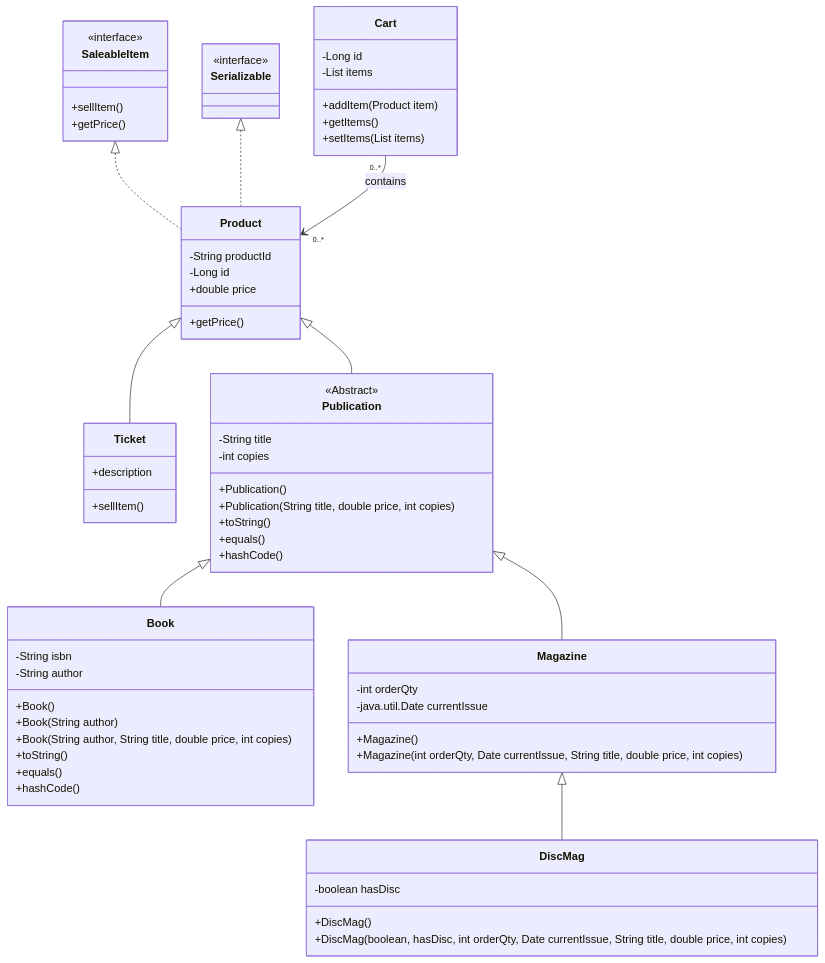
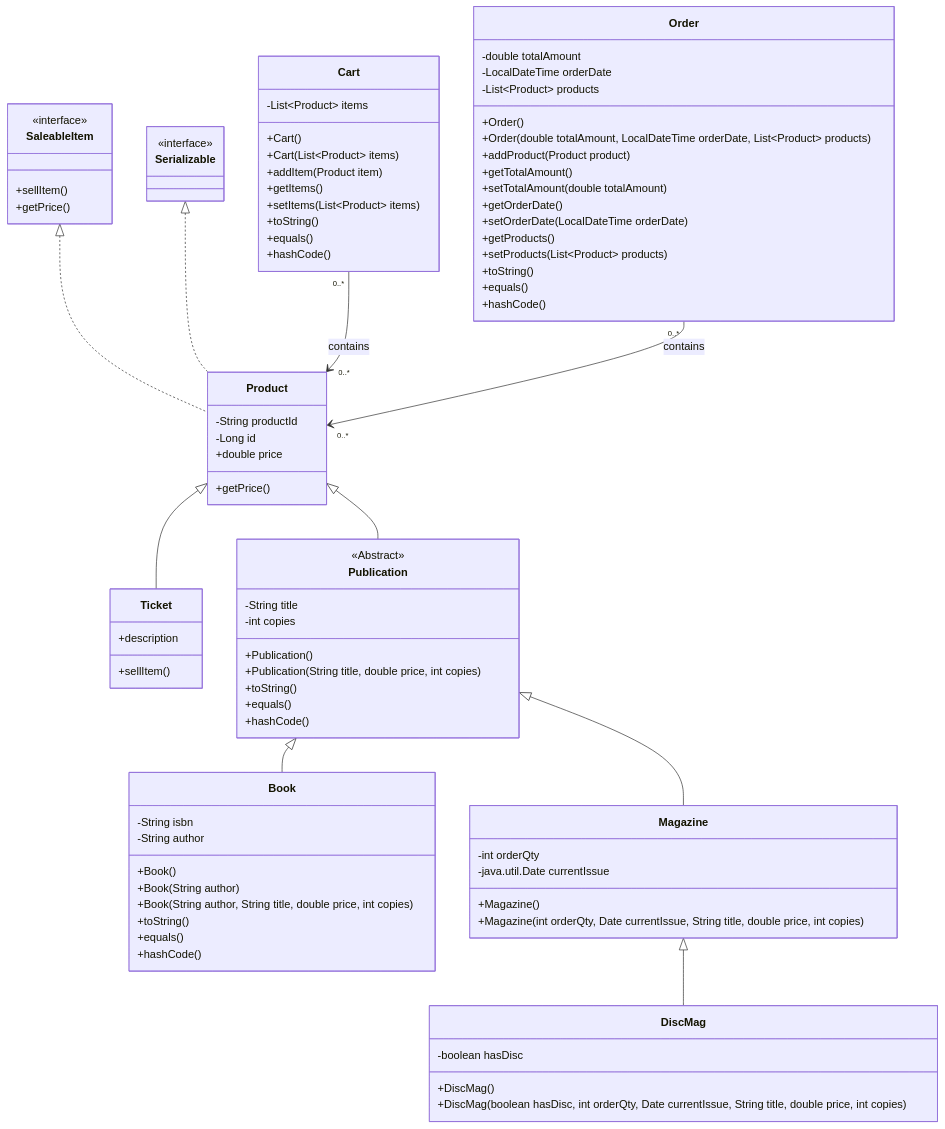
One commit to FranciscoLMota/csd230_w26.lab1.FranciscoMota changed the diagram in documentation/bookstore.f25-2025-11-17-211001.mmd. Above: the diagram before and after it, drawn with Mermaid. The commit also changed 10 other files, not shown here.

```diff
--- a/documentation/bookstore.f25-2025-11-17-211001.mmd
+++ b/documentation/bookstore.f25-2025-11-17-211001.mmd
@@ -1,81 +1,105 @@
 classDiagram
-    Product <|--Ticket
-    Product <|--Publication
+    Product <|-- Ticket
+    Product <|-- Publication
     Publication <|-- Book
     Publication <|-- Magazine
     Magazine <|-- DiscMag
     SaleableItem <|.. Product
     Serializable <|.. Product
     Cart "0..*" --> "0..*" Product : contains
+    Order "0..*" --> "0..*" Product : contains
 
     class Product{
         -String productId
         -Long id
         +double price
 
         +getPrice()
     }
 
     class Serializable{
         <<interface>>
     }
+
     class Ticket{
         +description
 
         +sellItem()
     }
+
     class Publication{
         <<Abstract>>
         -String title
         -int copies
 
         +Publication()
         +Publication(String title, double price, int copies)
         +toString()
         +equals()
         +hashCode()
+    }
 
-    }
     class Book{
-         -String isbn
-         -String author
-
+        -String isbn
+        -String author
 
         +Book()
         +Book(String author)
         +Book(String author, String title, double price, int copies)
         +toString()
         +equals()
         +hashCode()
+    }
 
-    }
     class Magazine{
         -int orderQty
         -java.util.Date currentIssue
 
         +Magazine()
         +Magazine(int orderQty, Date currentIssue, String title, double price, int copies)
+    }
 
-    }
     class DiscMag{
         -boolean hasDisc
 
         +DiscMag()
-        +DiscMag(boolean, hasDisc, int orderQty, Date currentIssue, String title, double price, int copies)
-
+        +DiscMag(boolean hasDisc, int orderQty, Date currentIssue, String title, double price, int copies)
     }
 
     class SaleableItem {
         <<interface>>
         +sellItem()
         +getPrice()
-
     }
 
     class Cart{
-        -Long id
-        -List items
+        -List~Product~ items
+
+        +Cart()
+        +Cart(List~Product~ items)
         +addItem(Product item)
         +getItems()
-        +setItems(List items)
+        +setItems(List~Product~ items)
+        +toString()
+        +equals()
+        +hashCode()
     }
+
+    class Order{
+        -double totalAmount
+        -LocalDateTime orderDate
+        -List~Product~ products
+
+        +Order()
+        +Order(double totalAmount, LocalDateTime orderDate, List~Product~ products)
+        +addProduct(Product product)
+        +getTotalAmount()
+        +setTotalAmount(double totalAmount)
+        +getOrderDate()
+        +setOrderDate(LocalDateTime orderDate)
+        +getProducts()
+        +setProducts(List~Product~ products)
+        +toString()
+        +equals()
+        +hashCode()
+    }
```
